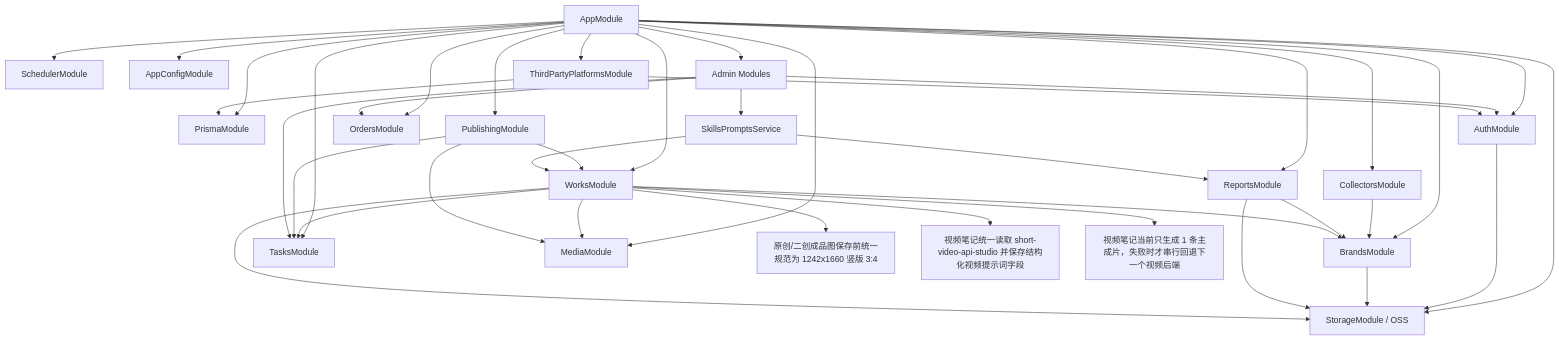
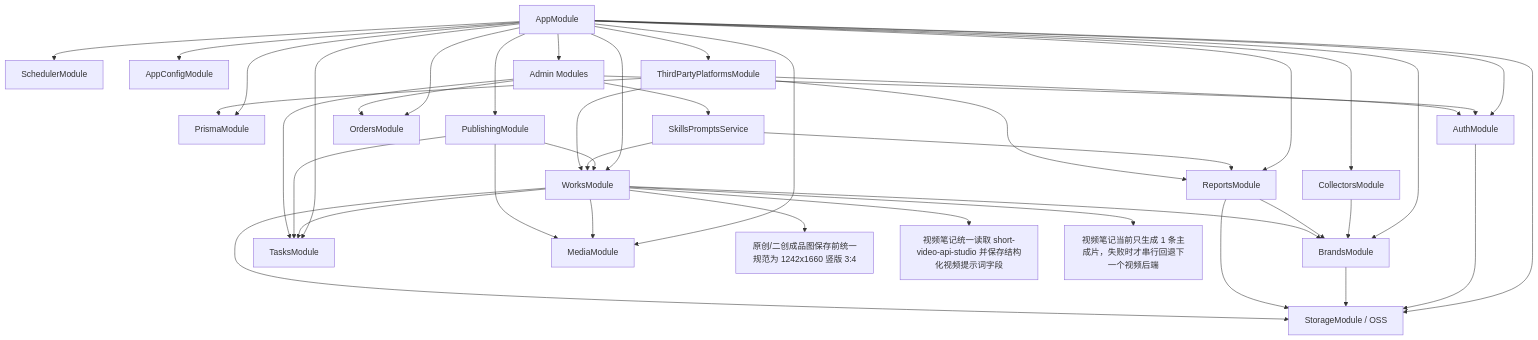
Before and after one commit to Depthukesh/ai-omni-ops-system: the tenth of 12 diagrams in docs/site-map-mermaid.md, drawn with Mermaid. The commit also changed other lines of this file and 8 other files, not shown here.

````diff
--- a/docs/site-map-mermaid.md
+++ b/docs/site-map-mermaid.md
@@ -478,44 +478,46 @@
 ```mermaid
 flowchart TD
     App["AppModule"]
     App --> Infra1["PrismaModule"]
     App --> Infra2["SchedulerModule"]
     App --> Infra3["AppConfigModule"]
     App --> Infra4["StorageModule / OSS"]
 
     App --> M1["AuthModule"]
     App --> M2["BrandsModule"]
     App --> M3["CollectorsModule"]
     App --> M4["ReportsModule"]
     App --> M5["WorksModule"]
     App --> M6["PublishingModule"]
     App --> M7["TasksModule"]
     App --> M8["MediaModule"]
     App --> M9["OrdersModule"]
     App --> M10["Admin Modules"]
     App --> M12["ThirdPartyPlatformsModule"]
 
     M1 --> Infra4
     M2 --> Infra4
     M3 --> M2
     M4 --> M2
     M4 --> Infra4
     M5 --> M2
     M5 --> M7
     M5 --> M8
     M5 --> Infra4
     M5 --> M51["原创/二创成品图保存前统一规范为 1242x1660 竖版 3:4"]
     M5 --> M52["视频笔记统一读取 short-video-api-studio 并保存结构化视频提示词字段"]
     M5 --> M53["视频笔记当前只生成 1 条主成片，失败时才串行回退下一个视频后端"]
     M6 --> M5
     M6 --> M7
     M6 --> M8
     M10 --> M9
     M10 --> M1
     M10 --> M7
     M10 --> M11["SkillsPromptsService"]
     M11 --> M4
     M11 --> M5
     M12 --> M1
+    M12 --> M4
+    M12 --> M5
     M12 --> Infra1
 ```
````
